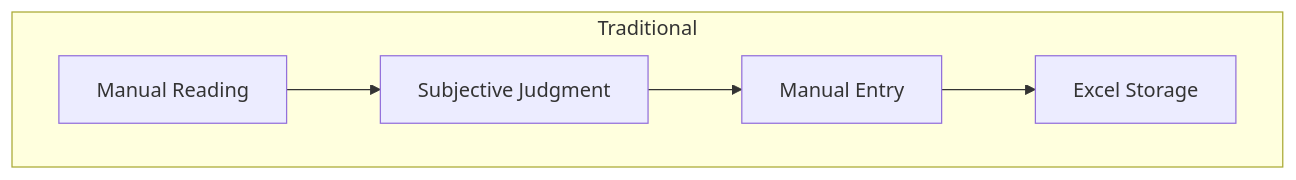
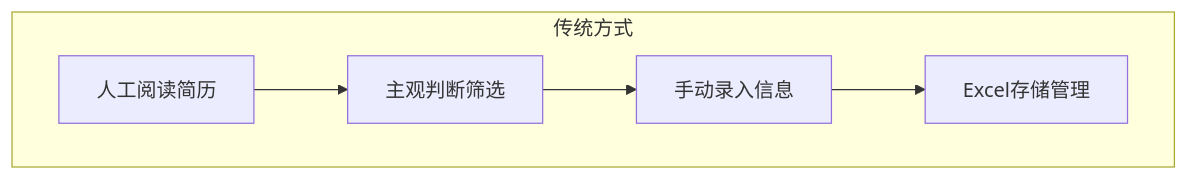
One commit to xt765/ResumeScreening changed the first of 11 diagrams in README.md. Above: the diagram before and after it, drawn with Mermaid. The commit also changed other lines of this file and 26 other files, not shown here.

````diff
--- a/README.md
+++ b/README.md
@@ -41,8 +41,8 @@
 ```mermaid
 graph TB
-    subgraph Traditional
-        A1[Manual Reading] --> A2[Subjective Judgment]
-        A2 --> A3[Manual Entry]
-        A3 --> A4[Excel Storage]
+    subgraph 传统方式
+        A1[人工阅读简历] --> A2[主观判断筛选]
+        A2 --> A3[手动录入信息]
+        A3 --> A4[Excel存储管理]
     end
 ```
````
